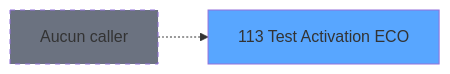
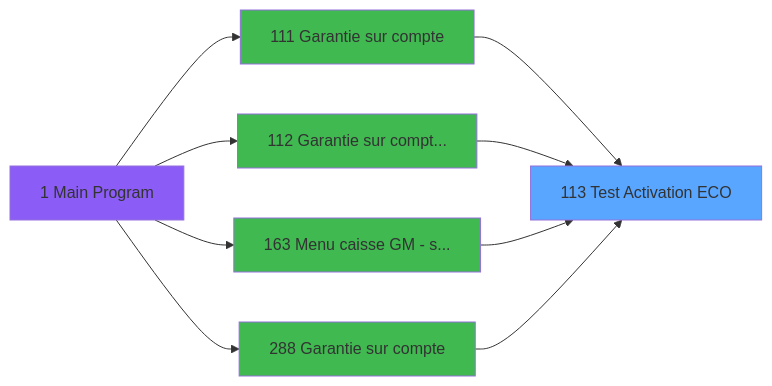
One commit to thonyAGP/lecteur-magic changed the second of 3 diagrams in .openspec/specs/ADH-IDE-113.md. Above: the diagram before and after it, drawn with Mermaid. The commit also changed other lines of this file and 493 other files, not shown here.

````diff
--- a/.openspec/specs/ADH-IDE-113.md
+++ b/.openspec/specs/ADH-IDE-113.md
@@ -147,8 +171,23 @@
 ```mermaid
 graph LR
     T113[113 Test Activation ECO]
     style T113 fill:#58a6ff
-    NONE[Aucun caller]
-    NONE -.-> T113
-    style NONE fill:#6b7280,stroke-dasharray: 5 5
+    CC1[1 Main Program]
+    style CC1 fill:#8b5cf6
+    CC288[288 Garantie sur compte]
+    style CC288 fill:#3fb950
+    CC111[111 Garantie sur compte]
+    style CC111 fill:#3fb950
+    CC112[112 Garantie sur compt...]
+    style CC112 fill:#3fb950
+    CC163[163 Menu caisse GM - s...]
+    style CC163 fill:#3fb950
+    CC1 --> CC111
+    CC1 --> CC112
+    CC1 --> CC163
+    CC1 --> CC288
+    CC111 --> T113
+    CC112 --> T113
+    CC163 --> T113
+    CC288 --> T113
 ```
````
